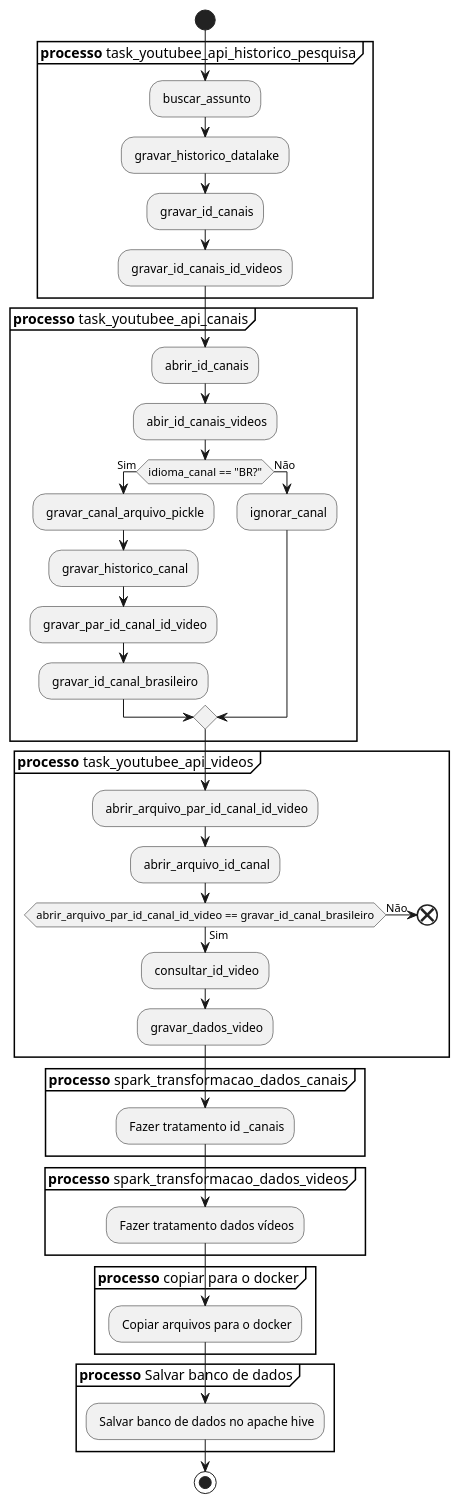
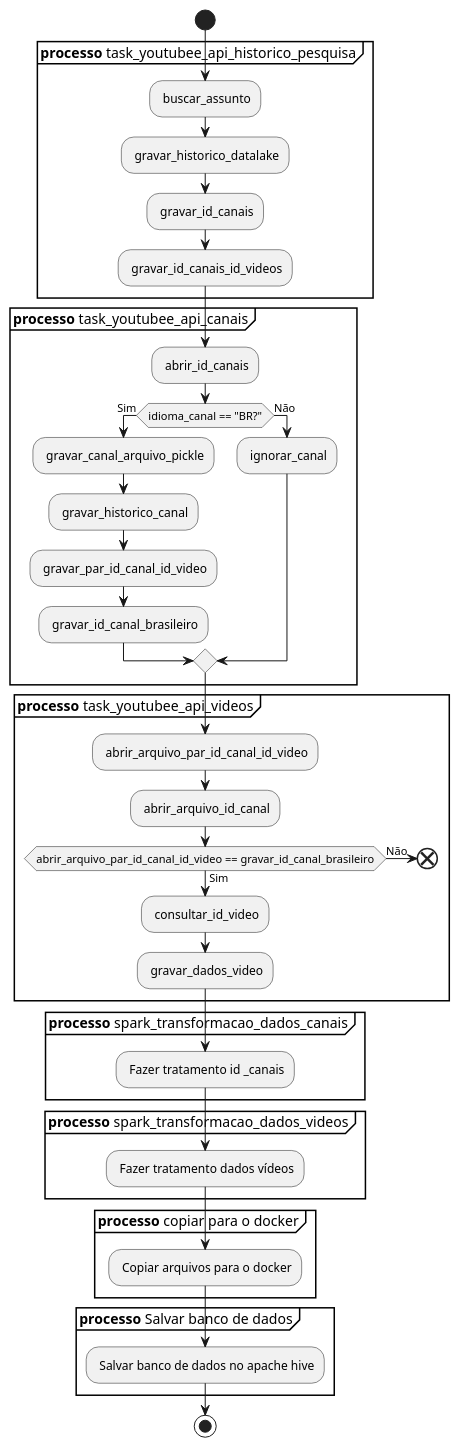
The diagram in diagramas/diagrama_atividade.plantuml (rodrigorocha1/extracao_dados_api_youtube_terceira_versao), drawn with PlantUML before and after one commit. The commit also changed 3 other files, not shown here.

```diff
--- a/diagramas/diagrama_atividade.plantuml
+++ b/diagramas/diagrama_atividade.plantuml
@@ -1,52 +1,52 @@
 @startuml
 
 start
     partition "**processo** task_youtubee_api_historico_pesquisa" {
         : buscar_assunto;
         : gravar_historico_datalake;
         : gravar_id_canais;
         : gravar_id_canais_id_videos;
     }
 
     partition "**processo** task_youtubee_api_canais" {
         : abrir_id_canais;
-        : abir_id_canais_videos;
+
         if (idioma_canal == "BR?") then (Sim)
             : gravar_canal_arquivo_pickle;
             : gravar_historico_canal;
             : gravar_par_id_canal_id_video;
             : gravar_id_canal_brasileiro;
         else (Não)
             : ignorar_canal;
         endif;
         
     }
     partition "**processo** task_youtubee_api_videos" {
         : abrir_arquivo_par_id_canal_id_video;
         : abrir_arquivo_id_canal;
         if (abrir_arquivo_par_id_canal_id_video == gravar_id_canal_brasileiro) then (Sim)
             : consultar_id_video;
             : gravar_dados_video;
         else (Não);
             end;
         endif; 
     }
     partition "**processo** spark_transformacao_dados_canais" {
         : Fazer tratamento id _canais;
     }
 
     partition "**processo** spark_transformacao_dados_videos" {
         : Fazer tratamento dados vídeos;
     }
 
     partition "**processo** copiar para o docker" {
         : Copiar arquivos para o docker;
     }
 
     partition "**processo** Salvar banco de dados" {
         : Salvar banco de dados no apache hive;
     }
 
 
 stop
 @enduml
```
